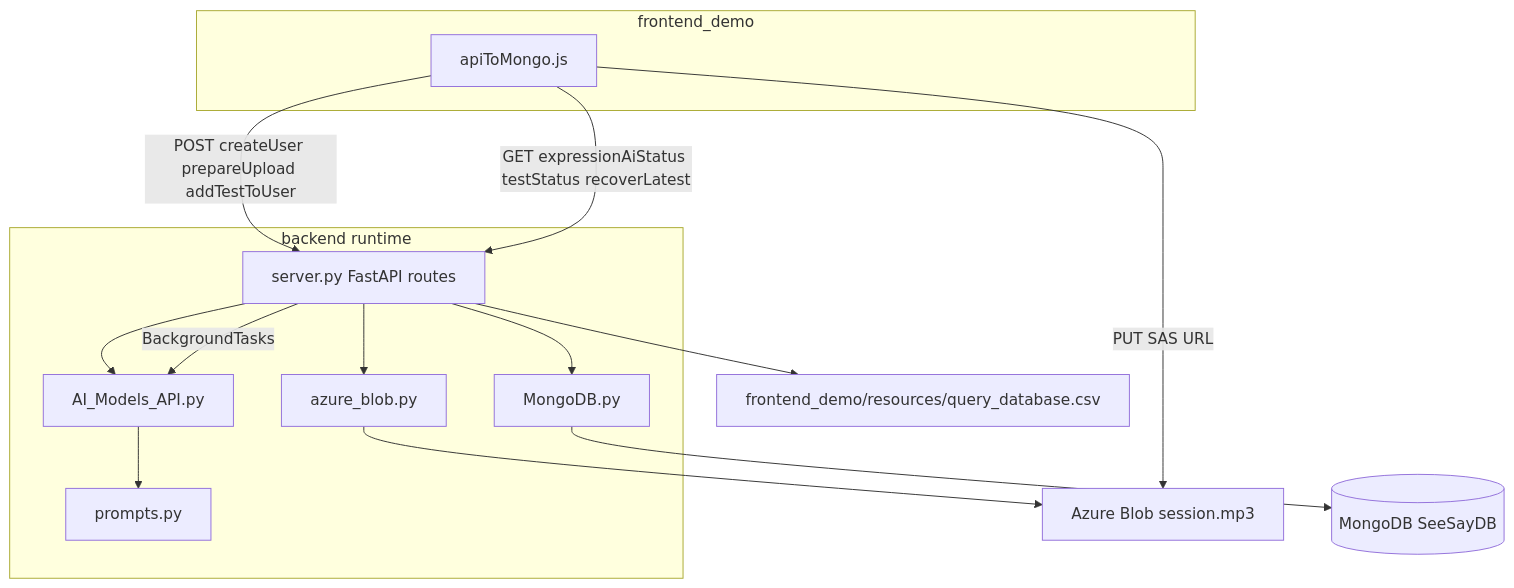
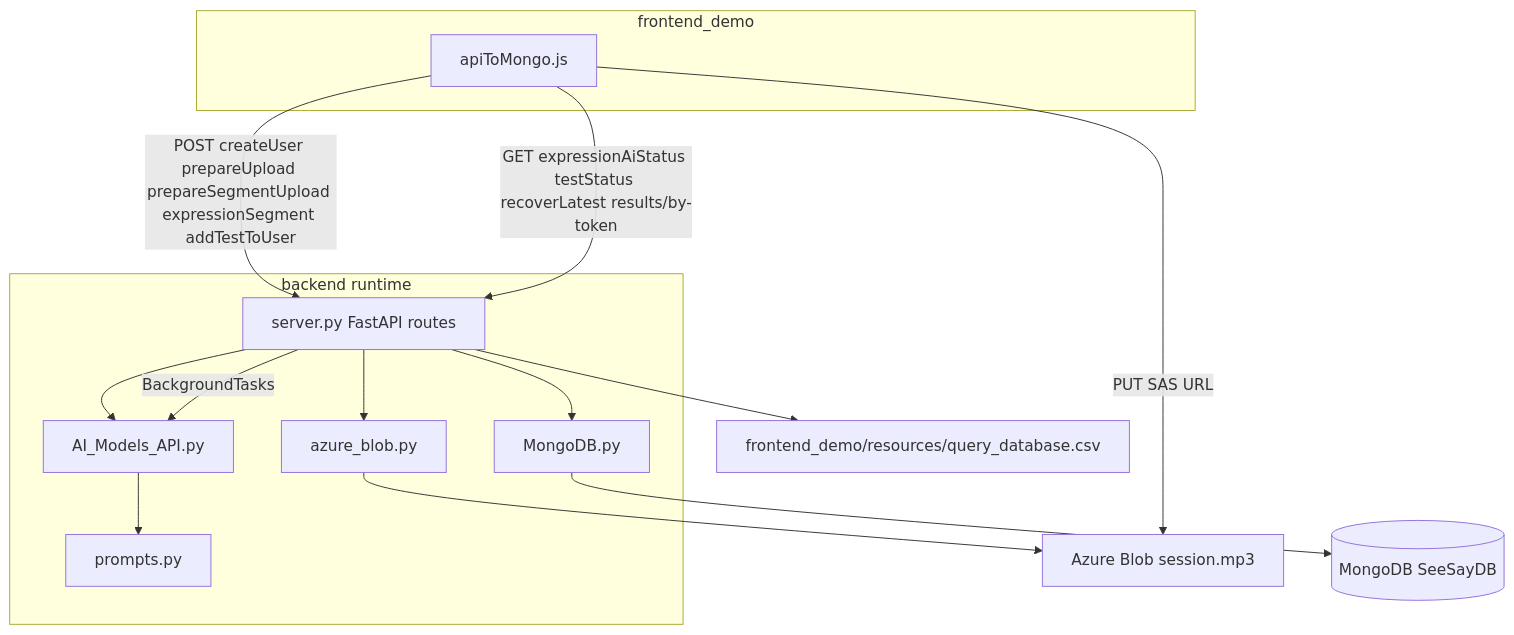
One commit to LinkCaring/seeandsay changed the diagram in backend/docs/BACKEND_MODULE_MAP.md. Above: the diagram before and after it, drawn with Mermaid. The commit also changed other lines of this file and 9 other files, not shown here.

````diff
--- a/backend/docs/BACKEND_MODULE_MAP.md
+++ b/backend/docs/BACKEND_MODULE_MAP.md
@@ -11,28 +11,28 @@
 ```mermaid
 flowchart TB
   subgraph client [frontend_demo]
     API[apiToMongo.js]
   end
   subgraph server [backend runtime]
     S[server.py FastAPI routes]
     AB[azure_blob.py]
     DB[MongoDB.py]
     AI[AI_Models_API.py]
     PR[prompts.py]
   end
   CSV[frontend_demo/resources/query_database.csv]
   AZ[Azure Blob session.mp3]
   MONGO[(MongoDB SeeSayDB)]
 
-  API -->|POST createUser prepareUpload addTestToUser| S
-  API -->|GET expressionAiStatus testStatus recoverLatest| S
+  API -->|POST createUser prepareUpload prepareSegmentUpload expressionSegment addTestToUser| S
+  API -->|GET expressionAiStatus testStatus recoverLatest results/by-token| S
   API -->|PUT SAS URL| AZ
   S --> AB
   S --> DB
   S --> AI
   AI --> PR
   S --> CSV
   DB --> MONGO
   AB --> AZ
   S -->|BackgroundTasks| AI
 ```
````
